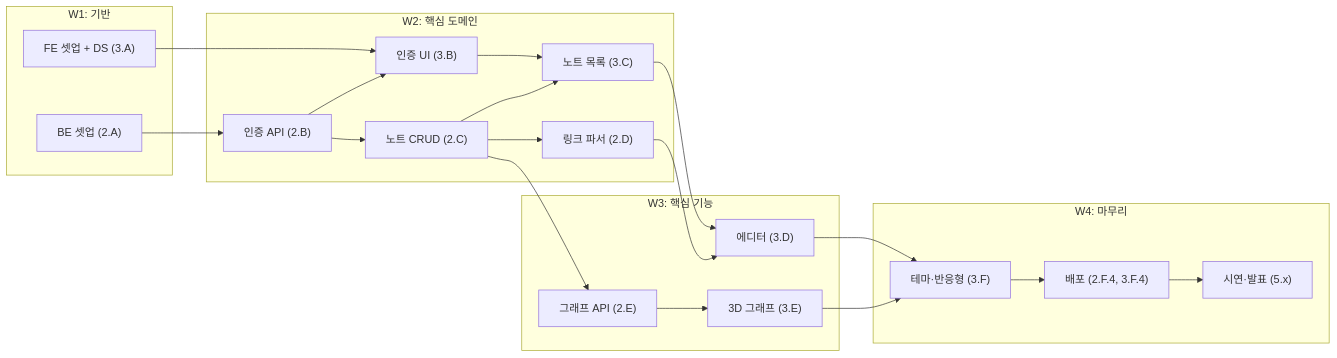
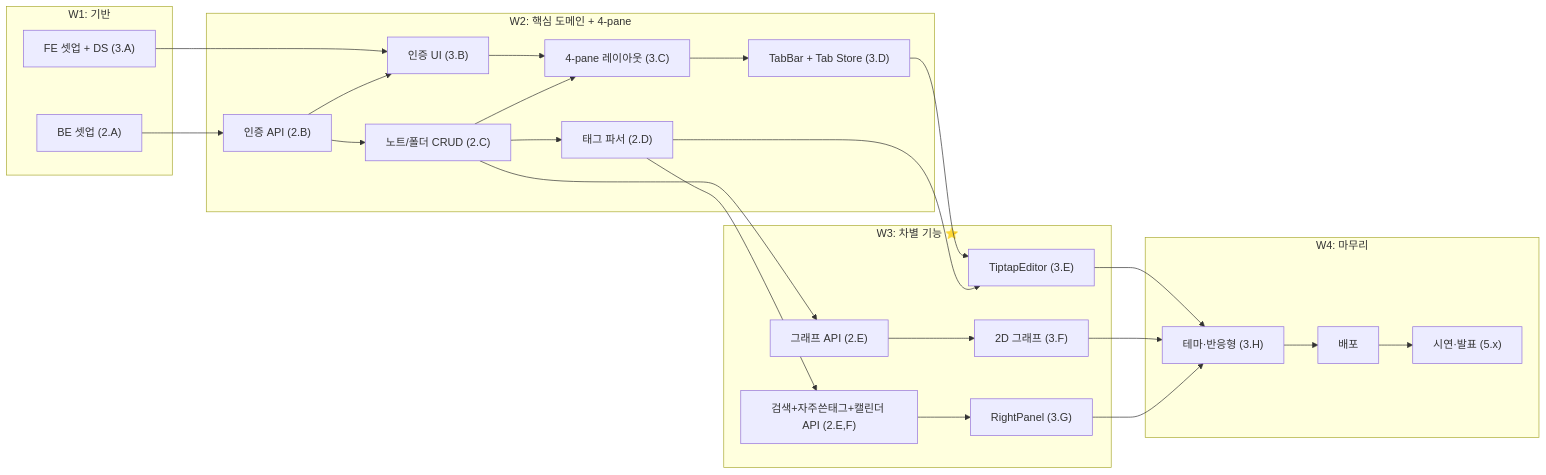
One commit to GC-Five-Guys/Docs changed the diagram in 02_일정/WBS_및_역할분담.md. Above: the diagram before and after it, drawn with Mermaid. The commit also changed other lines of this file and 1 other file, not shown here.

First line of the commit message:
docs(schedule): WBS 및 일정표 v2 — 우측바·캘린더 신규 작업, 휴지통 제거

````diff
--- a/02_일정/WBS_및_역할분담.md
+++ b/02_일정/WBS_및_역할분담.md
@@ -258,39 +297,43 @@
 ```mermaid
 flowchart LR
   subgraph W1["W1: 기반"]
     SETUP_BE["BE 셋업 (2.A)"]
     SETUP_FE["FE 셋업 + DS (3.A)"]
   end
 
-  subgraph W2["W2: 핵심 도메인"]
+  subgraph W2["W2: 핵심 도메인 + 4-pane"]
     AUTH_BE["인증 API (2.B)"]
     AUTH_FE["인증 UI (3.B)"]
-    NOTE_BE["노트 CRUD (2.C)"]
-    PARSE["링크 파서 (2.D)"]
-    LIST_FE["노트 목록 (3.C)"]
+    NOTE_BE["노트/폴더 CRUD (2.C)"]
+    PARSE["태그 파서 (2.D)"]
+    LAYOUT["4-pane 레이아웃 (3.C)"]
+    TAB["TabBar + Tab Store (3.D)"]
   end
 
-  subgraph W3["W3: 핵심 기능"]
-    EDITOR["에디터 (3.D)"]
+  subgraph W3["W3: 차별 기능 ⭐"]
+    EDITOR["TiptapEditor (3.E)"]
     GRAPH_BE["그래프 API (2.E)"]
-    GRAPH_FE["3D 그래프 (3.E)"]
+    GRAPH_FE["2D 그래프 (3.F)"]
+    SEARCH["검색+자주쓴태그+캘린더 API (2.E,F)"]
+    RIGHT["RightPanel (3.G)"]
   end
 
   subgraph W4["W4: 마무리"]
-    POLISH["테마·반응형 (3.F)"]
-    DEPLOY["배포 (2.F.4, 3.F.4)"]
+    POLISH["테마·반응형 (3.H)"]
+    DEPLOY["배포"]
     DEMO["시연·발표 (5.x)"]
   end
 
   SETUP_BE --> AUTH_BE --> NOTE_BE --> PARSE
-  SETUP_FE --> AUTH_FE --> LIST_FE
+  SETUP_FE --> AUTH_FE --> LAYOUT --> TAB
   AUTH_BE --> AUTH_FE
-  NOTE_BE --> LIST_FE
-  LIST_FE --> EDITOR
+  NOTE_BE --> LAYOUT
+  TAB --> EDITOR
   PARSE --> EDITOR
-  NOTE_BE --> GRAPH_BE
-  GRAPH_BE --> GRAPH_FE
+  NOTE_BE --> GRAPH_BE --> GRAPH_FE
+  PARSE --> SEARCH --> RIGHT
   EDITOR --> POLISH
   GRAPH_FE --> POLISH
+  RIGHT --> POLISH
   POLISH --> DEPLOY --> DEMO
 ```
````
